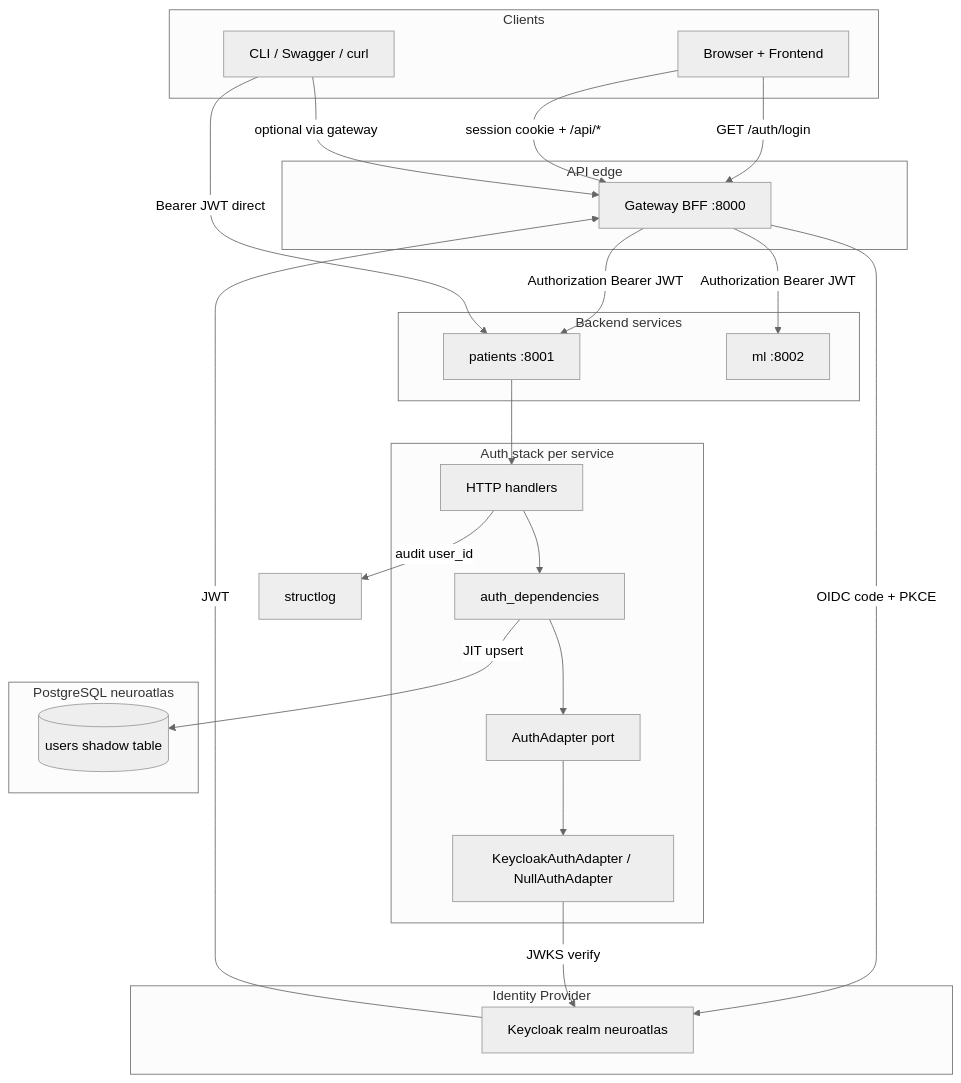
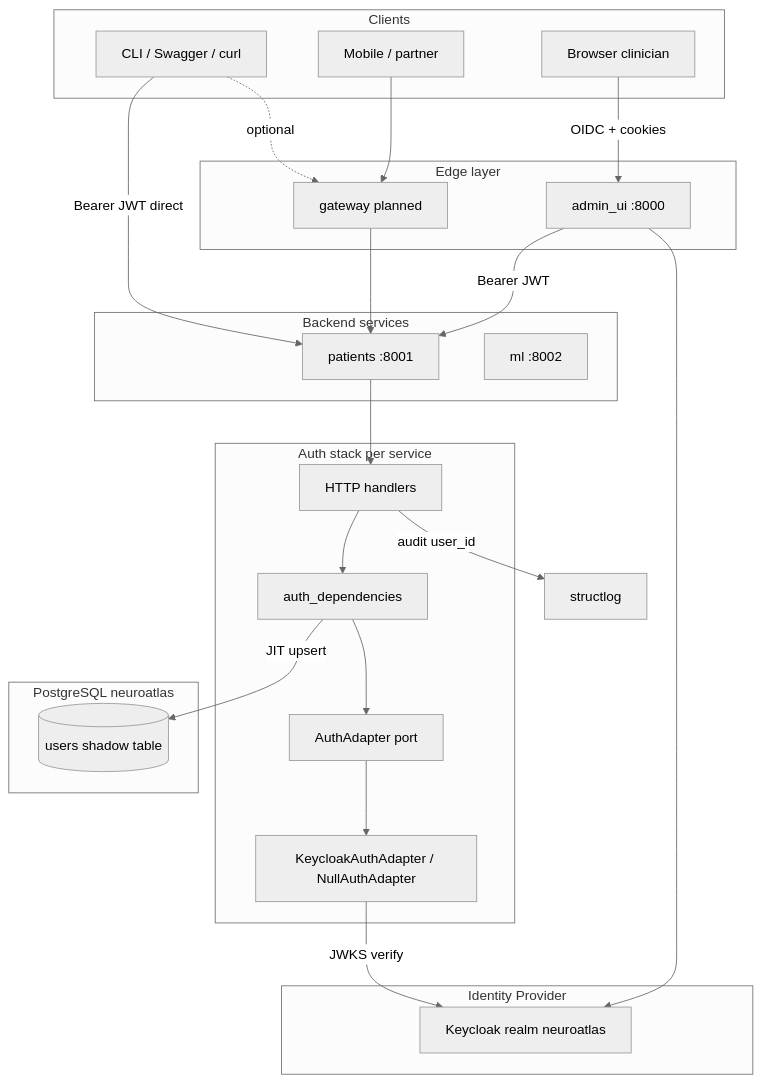
The diagram in docs/diagrams/auth-architecture.md (neurojihad/neuroatlas-ai), drawn with Mermaid (neutral theme) before and after one commit. The commit also changed other lines of this file and 14 other files, not shown here.

````diff
--- a/docs/diagrams/auth-architecture.md
+++ b/docs/diagrams/auth-architecture.md
@@ -11,49 +25,97 @@
 ```mermaid
+
 flowchart TB
+
     subgraph client [Clients]
-        Browser[Browser + Frontend]
+
+        Browser[Browser clinician]
+
         CLI[CLI / Swagger / curl]
+
+        API[Mobile / partner]
+
     end
 
-    subgraph edge [API edge]
-        GW[Gateway BFF :8000]
+
+
+    subgraph edge [Edge layer]
+
+        ADMIN[admin_ui :8000]
+
+        GW[gateway planned]
+
     end
 
+
+
     subgraph idp [Identity Provider]
+
         KC[Keycloak realm neuroatlas]
+
     end
 
+
+
     subgraph services [Backend services]
+
         PAT[patients :8001]
+
         ML[ml :8002]
+
     end
 
+
+
     subgraph auth [Auth stack per service]
+
         H[HTTP handlers]
+
         DEP[auth_dependencies]
+
         PORT[AuthAdapter port]
+
         ADAPT[KeycloakAuthAdapter / NullAuthAdapter]
+
     end
 
+
+
     subgraph db [PostgreSQL neuroatlas]
+
         USERS[(users shadow table)]
+
     end
 
-    Browser -->|GET /auth/login| GW
-    GW -->|OIDC code + PKCE| KC
-    KC -->|JWT| GW
-    Browser -->|session cookie + /api/*| GW
-    GW -->|Authorization Bearer JWT| PAT
-    GW -->|Authorization Bearer JWT| ML
+
+
+    Browser -->|OIDC + cookies| ADMIN
+
+    ADMIN -->|Bearer JWT| PAT
+
+    ADMIN --> KC
+
+    API --> GW
+
+    GW --> PAT
 
     CLI -->|Bearer JWT direct| PAT
-    CLI -->|optional via gateway| GW
+
+    CLI -.->|optional| GW
+
+
 
     PAT --> H
+
     H --> DEP
+
     DEP --> PORT
+
     PORT --> ADAPT
+
     ADAPT -->|JWKS verify| KC
+
     DEP -->|JIT upsert| USERS
+
     H -->|audit user_id| LOG[structlog]
+
 ```
````
